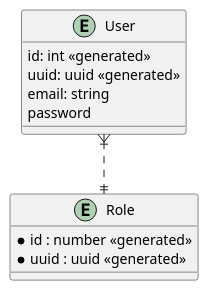
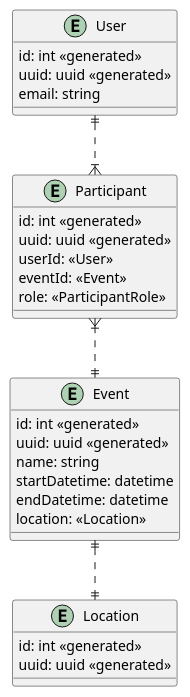
Before and after one commit to arthurGrinjo/CC: the diagram in plantUml/Event.puml, drawn with PlantUML. The commit also changed 5 other files, not shown here.

Commit message:
PlantUml scheme update

```diff
--- a/plantUml/Event.puml
+++ b/plantUml/Event.puml
@@ -1,19 +1,34 @@
 @startuml
+
+entity Event {
+    id: int <<generated>>
+    uuid: uuid <<generated>>
+    name: string
+    startDatetime: datetime
+    endDatetime: datetime
+    location: <<Location>>
+}
+
+entity Location {
+    id: int <<generated>>
+    uuid: uuid <<generated>>
+}
+
+entity Participant {
+    id: int <<generated>>
+    uuid: uuid <<generated>>
+    userId: <<User>>
+    eventId: <<Event>>
+    role: <<ParticipantRole>>
+}
 
 entity User {
     id: int <<generated>>
     uuid: uuid <<generated>>
     email: string
-    password
 }
 
-entity Role {
-    *id : number <<generated>>
-    *uuid : uuid <<generated>>
-}
-
-User }|..|| Role
-'Entity03 }o..o| Entity04
-'Entity05 ||--o{ Entity06
-'Entity07 |o--|| Entity08
+Event ||..|| Location
+Participant }|..|| Event
+User ||..|{ Participant
 @enduml
```
